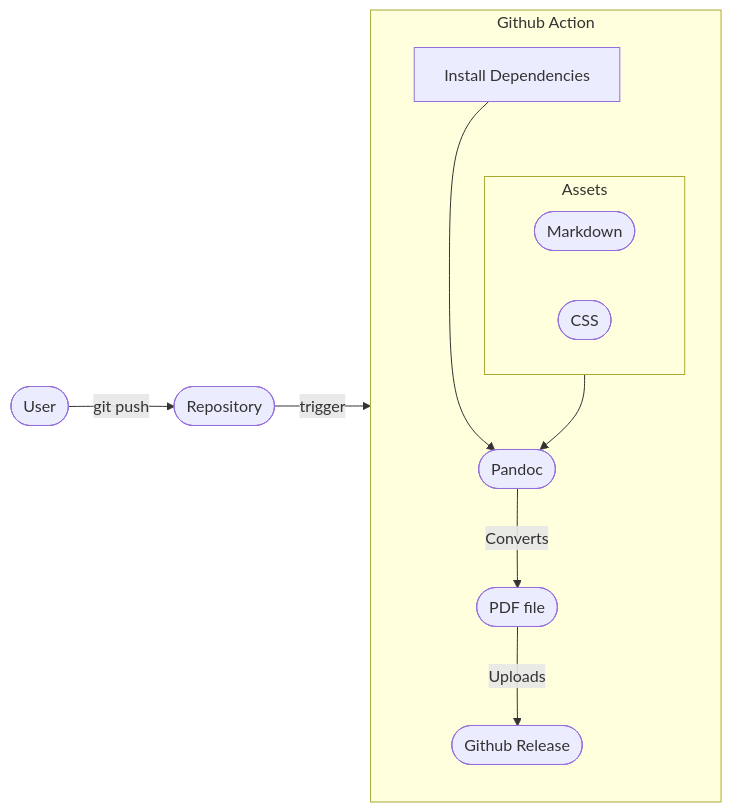
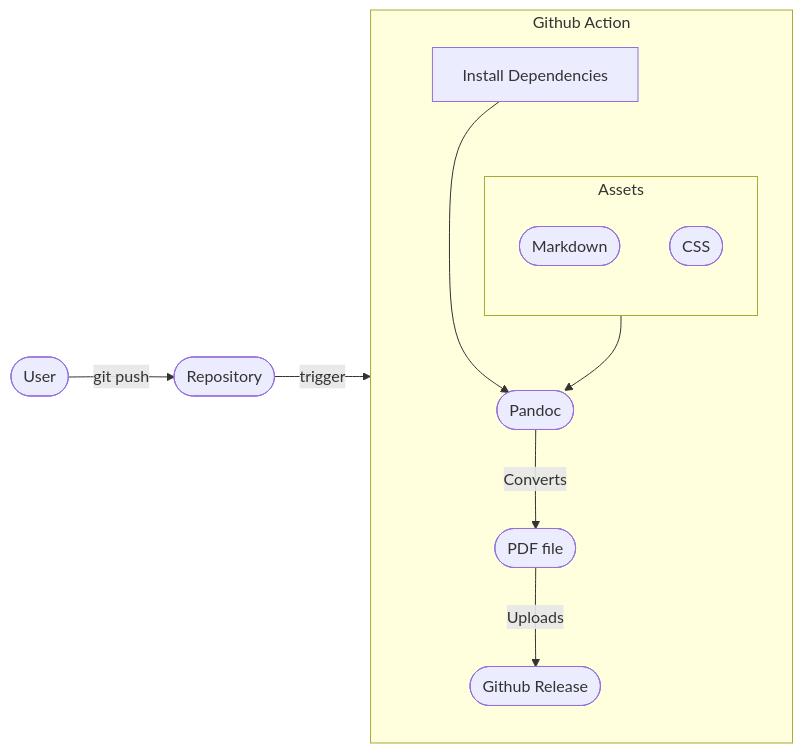
The diagram in content/blog/cicd-your-resume/index.md (ShaharNaveh/ShaharNaveh.github.io), drawn with Mermaid before and after one commit.

````diff
--- a/content/blog/cicd-your-resume/index.md
+++ b/content/blog/cicd-your-resume/index.md
@@ -17,28 +17,29 @@
 ```mermaid
 flowchart LR
   user([User])
   repository([Repository])
   action([Github Action])
   dependencies["Install Dependencies"]
   pandoc([Pandoc])
   markdown([Markdown])
   css([CSS])
   pdf([PDF file])
   release([Github Release])
   user-- git push -->repository
   repository-- trigger -->action
   subgraph action [Github Action]
     dependencies ~~~ assets
     assets --> pandoc
     dependencies --> pandoc
     pandoc-- Converts -->pdf
     pdf-- Uploads -->release
 
-    subgraph assets [Assets]
+    
+  end
+subgraph assets [Assets]
       markdown
       css
     end
-  end
 
   
 ```
````
